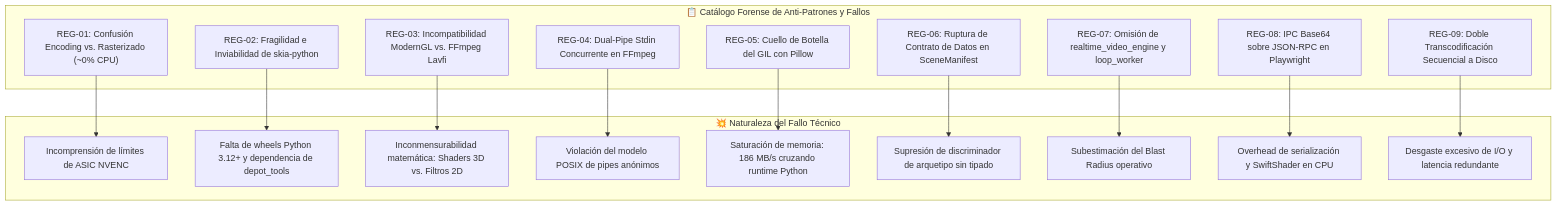
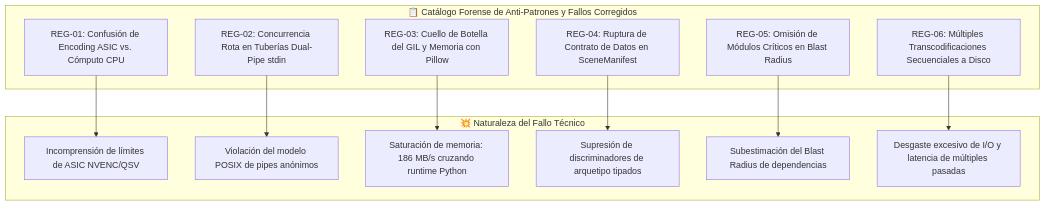
The first of 5 diagrams in docs/PLAN_MAESTRO_PIPELINE_VISUAL.md (soyaelithia-ui/yt-auto), drawn with Mermaid before and after one commit. The commit also changed other lines of this file and 15 other files, not shown here.

````diff
--- a/docs/PLAN_MAESTRO_PIPELINE_VISUAL.md
+++ b/docs/PLAN_MAESTRO_PIPELINE_VISUAL.md
@@ -17,36 +18,27 @@
 ```mermaid
 graph TD
-    subgraph REGISTRO["📋 Catálogo Forense de Anti-Patrones y Fallos"]
-        REG01["REG-01: Confusión Encoding vs. Rasterizado (~0% CPU)"]
-        REG02["REG-02: Fragilidad e Inviabilidad de skia-python"]
-        REG03["REG-03: Incompatibilidad ModernGL vs. FFmpeg Lavfi"]
-        REG04["REG-04: Dual-Pipe Stdin Concurrente en FFmpeg"]
-        REG05["REG-05: Cuello de Botella del GIL con Pillow"]
-        REG06["REG-06: Ruptura de Contrato de Datos en SceneManifest"]
-        REG07["REG-07: Omisión de realtime_video_engine y loop_worker"]
-        REG08["REG-08: IPC Base64 sobre JSON-RPC en Playwright"]
-        REG09["REG-09: Doble Transcodificación Secuencial a Disco"]
+    subgraph REGISTRO["📋 Catálogo Forense de Anti-Patrones y Fallos Corregidos"]
+        REG01["REG-01: Confusión de Encoding ASIC vs. Cómputo CPU"]
+        REG02["REG-02: Concurrencia Rota en Tuberías Dual-Pipe stdin"]
+        REG03["REG-03: Cuello de Botella del GIL y Memoria con Pillow"]
+        REG04["REG-04: Ruptura de Contrato de Datos en SceneManifest"]
+        REG05["REG-05: Omisión de Módulos Críticos en Blast Radius"]
+        REG06["REG-06: Múltiples Transcodificaciones Secuenciales a Disco"]
     end
 
     subgraph CAUSA["💥 Naturaleza del Fallo Técnico"]
-        C1["Incomprensión de límites de ASIC NVENC"]
-        C2["Falta de wheels Python 3.12+ y dependencia de depot_tools"]
-        C3["Inconmensurabilidad matemática: Shaders 3D vs. Filtros 2D"]
-        C4["Violación del modelo POSIX de pipes anónimos"]
-        C5["Saturación de memoria: 186 MB/s cruzando runtime Python"]
-        C6["Supresión de discriminador de arquetipo sin tipado"]
-        C7["Subestimación del Blast Radius operativo"]
-        C8["Overhead de serialización y SwiftShader en CPU"]
-        C9["Desgaste excesivo de I/O y latencia redundante"]
+        C1["Incomprensión de límites de ASIC NVENC/QSV"]
+        C2["Violación del modelo POSIX de pipes anónimos"]
+        C3["Saturación de memoria: 186 MB/s cruzando runtime Python"]
+        C4["Supresión de discriminadores de arquetipo tipados"]
+        C5["Subestimación del Blast Radius de dependencias"]
+        C6["Desgaste excesivo de I/O y latencia de múltiples pasadas"]
     end
 
     REG01 --> C1
     REG02 --> C2
     REG03 --> C3
     REG04 --> C4
     REG05 --> C5
     REG06 --> C6
-    REG07 --> C7
-    REG08 --> C8
-    REG09 --> C9
 ```
````
